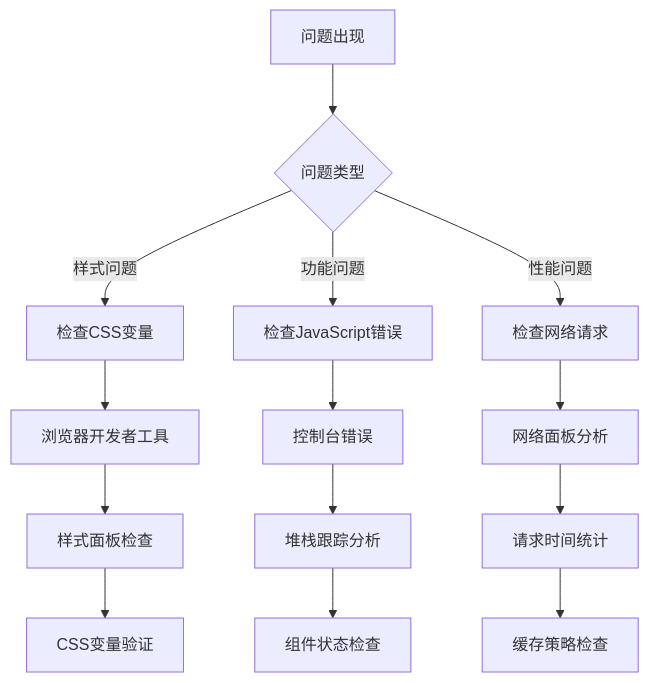
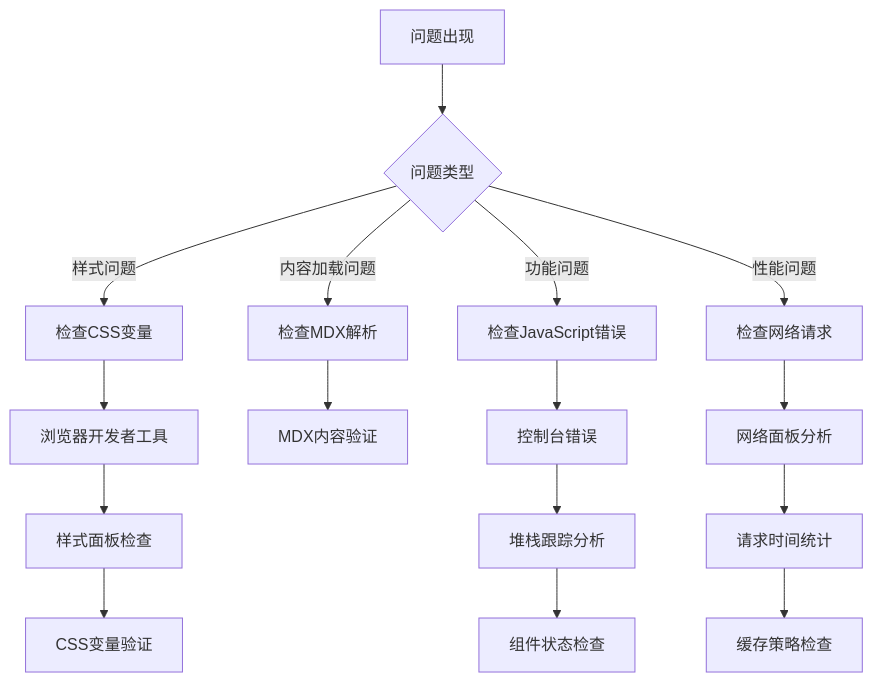
Before and after one commit to UnicornXU/knowledge-base: diagram 13 of 13 in .qoder/repowiki/zh/content/JavaScript 基础知识/交互式学习系统/测验系统.md, drawn with Mermaid. The commit also changed other lines of this file and 18 other files, not shown here.

````diff
--- a/.qoder/repowiki/zh/content/JavaScript 基础知识/交互式学习系统/测验系统.md
+++ b/.qoder/repowiki/zh/content/JavaScript 基础知识/交互式学习系统/测验系统.md
@@ -448,16 +553,18 @@
 ```mermaid
 flowchart TD
 A[问题出现] --> B{问题类型}
 B --> |样式问题| C[检查CSS变量]
 B --> |功能问题| D[检查JavaScript错误]
 B --> |性能问题| E[检查网络请求]
-C --> F[浏览器开发者工具]
-F --> G[样式面板检查]
-G --> H[CSS变量验证]
-D --> I[控制台错误]
-I --> J[堆栈跟踪分析]
-J --> K[组件状态检查]
-E --> L[网络面板分析]
-L --> M[请求时间统计]
-M --> N[缓存策略检查]
+B --> |内容加载问题| F[检查MDX解析]
+C --> G[浏览器开发者工具]
+F --> H[MDX内容验证]
+G --> I[样式面板检查]
+I --> J[CSS变量验证]
+D --> K[控制台错误]
+K --> L[堆栈跟踪分析]
+L --> M[组件状态检查]
+E --> N[网络面板分析]
+N --> O[请求时间统计]
+O --> P[缓存策略检查]
 ```
````
